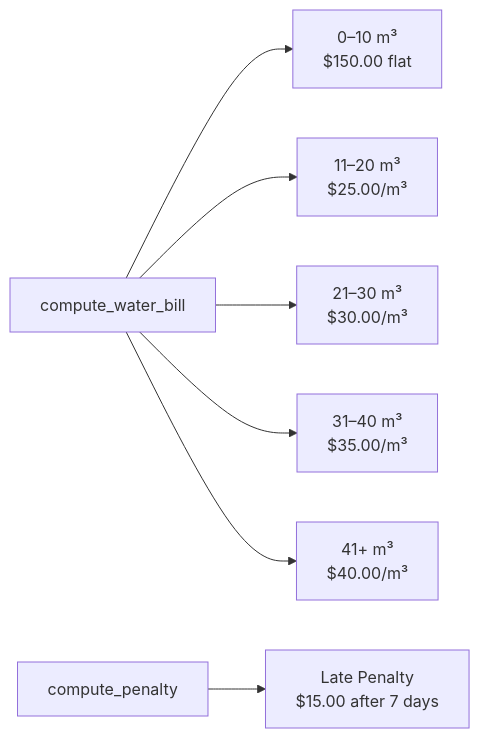
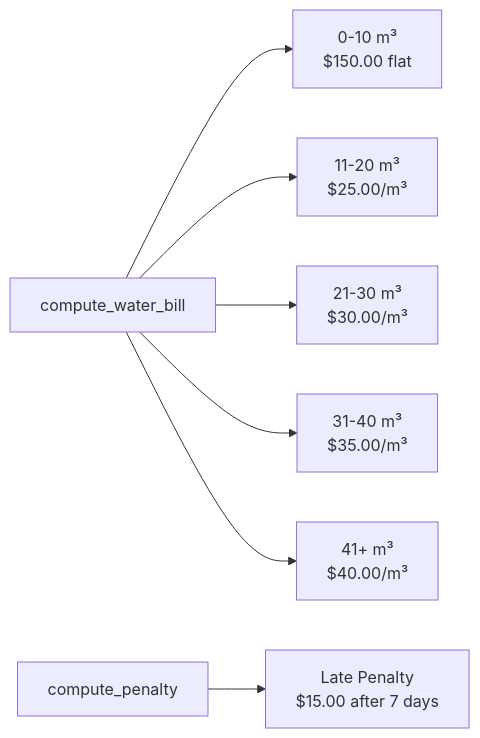
Before and after one commit to NovaProtocol/WaterBillingSystem: the fifth of 6 diagrams in documentation/docs/architecture.md, drawn with Mermaid. The commit also changed 10 other files, not shown here.

````diff
--- a/documentation/docs/architecture.md
+++ b/documentation/docs/architecture.md
@@ -203,12 +203,12 @@
 ```mermaid
 graph LR
- T1["0–10 m³<br/>$150.00 flat"]
- T2["11–20 m³<br/>$25.00/m³"]
- T3["21–30 m³<br/>$30.00/m³"]
- T4["31–40 m³<br/>$35.00/m³"]
+ T1["0-10 m³<br/>$150.00 flat"]
+ T2["11-20 m³<br/>$25.00/m³"]
+ T3["21-30 m³<br/>$30.00/m³"]
+ T4["31-40 m³<br/>$35.00/m³"]
  T5["41+ m³<br/>$40.00/m³"]
  PEN["Late Penalty<br/>$15.00 after 7 days"]
 
  compute_water_bill --> T1 & T2 & T3 & T4 & T5
  compute_penalty --> PEN
 ```
````
